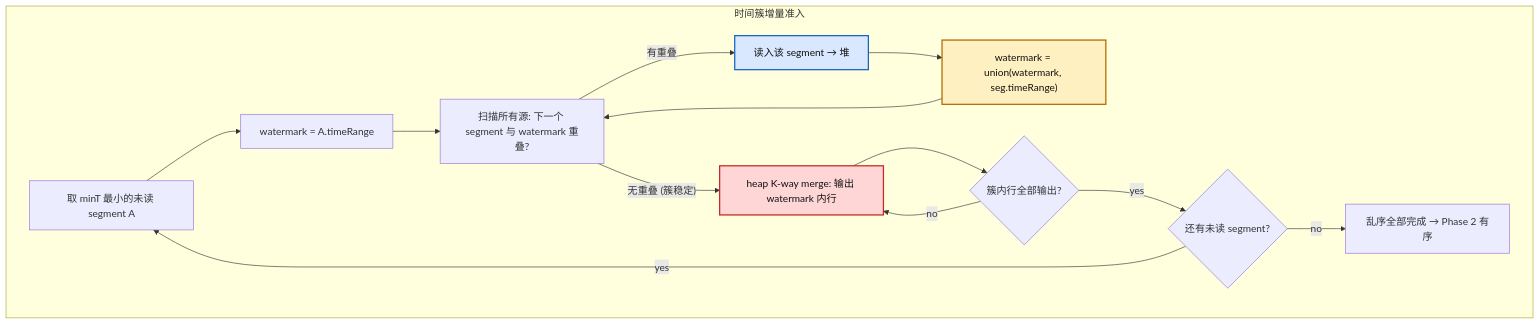
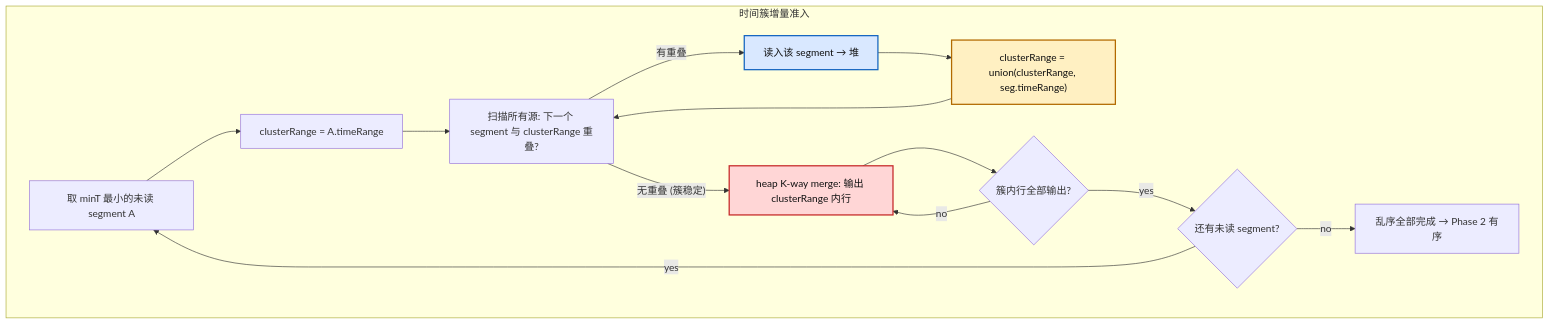
Before and after one commit to zhiwangdu/openGemini: the seventh of 8 diagrams in tsmMergeCursor_unordered_merge_proposal.md, drawn with Mermaid. The commit also changed other lines of this file and 6 other files, not shown here.

````diff
--- a/tsmMergeCursor_unordered_merge_proposal.md
+++ b/tsmMergeCursor_unordered_merge_proposal.md
@@ -619,23 +617,23 @@
 ```mermaid
 flowchart TD
     subgraph CLUSTER["时间簇增量准入"]
-        A1["取 minT 最小的未读 segment A"] --> A2["watermark = A.timeRange"]
-        A2 --> A3["扫描所有源: 下一个 segment 与 watermark 重叠?"]
+        A1["取 minT 最小的未读 segment A"] --> A2["clusterRange = A.timeRange"]
+        A2 --> A3["扫描所有源: 下一个 segment 与 clusterRange 重叠?"]
         A3 -- "有重叠" --> A4["读入该 segment → 堆"]
-        A4 --> A5["watermark = union(watermark, seg.timeRange)"]
+        A4 --> A5["clusterRange = union(clusterRange, seg.timeRange)"]
         A5 --> A3
-        A3 -- "无重叠 (簇稳定)" --> A6["heap K-way merge: 输出 watermark 内行"]
+        A3 -- "无重叠 (簇稳定)" --> A6["heap K-way merge: 输出 clusterRange 内行"]
         A6 --> A7{"簇内行全部输出?"}
         A7 -- "no" --> A6
         A7 -- "yes" --> A8{"还有未读 segment?"}
         A8 -- "yes" --> A1
         A8 -- "no" --> A9["乱序全部完成 → Phase 2 有序"]
     end
 
     A4:::io
     A6:::hot
     A5:::amp
     classDef hot fill:#ffd6d6,stroke:#c62828,stroke-width:2px,color:#111;
     classDef io fill:#d9e8ff,stroke:#1565c0,stroke-width:2px,color:#111;
     classDef amp fill:#fff0c2,stroke:#b26a00,stroke-width:2px,color:#111;
 ```
````
